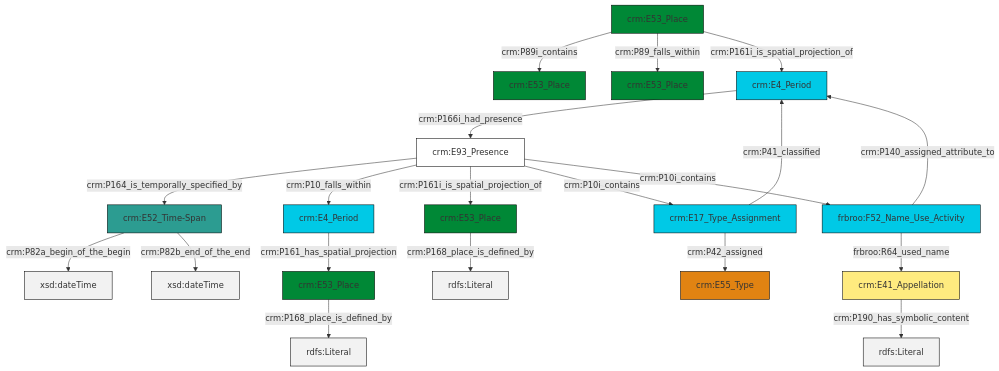
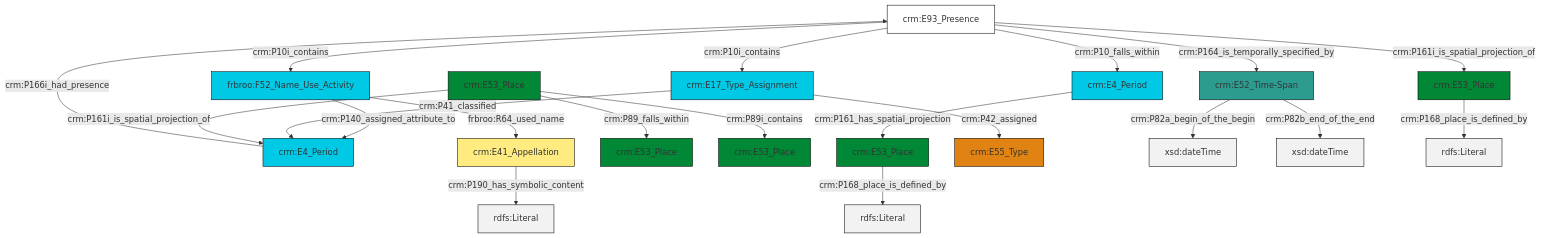
One commit to swiss-art-research-net/docs.swissartresearch changed the diagram in et/placeCSV/ttl/mmd/place_parthood.ttl.mmd. Above: the diagram before and after it, drawn with Mermaid. The commit also changed 176 other files, not shown here.

```diff
--- a/et/placeCSV/ttl/mmd/place_parthood.ttl.mmd
+++ b/et/placeCSV/ttl/mmd/place_parthood.ttl.mmd
@@ -1,34 +1,34 @@
 graph TD
 classDef Literal fill:#f2f2f2,stroke:#000000;
 classDef CRM_Entity fill:#FFFFFF,stroke:#000000;
 classDef Temporal_Entity fill:#00C9E6, stroke:#000000;
 classDef Type fill:#E18312, stroke:#000000;
 classDef Time-Span fill:#2C9C91, stroke:#000000;
 classDef Appellation fill:#FFEB7F, stroke:#000000;
 classDef Place fill:#008836, stroke:#000000;
 classDef Persistent_Item fill:#B266B2, stroke:#000000;
 classDef Conceptual_Object fill:#FFD700, stroke:#000000;
 classDef Physical_Thing fill:#D2B48C, stroke:#000000;
 classDef Actor fill:#f58aad, stroke:#000000;
 classDef PC_Classes fill:#4ce600, stroke:#000000;
 classDef Multi fill:#cccccc,stroke:#000000;
 
-4["crm:E53_Place"]:::Place -->|crm:P89i_contains| 5["crm:E53_Place"]:::Place
-6["crm:E52_Time-Span"]:::Time-Span -->|crm:P82a_begin_of_the_begin| 7[xsd:dateTime]:::Literal
-4["crm:E53_Place"]:::Place -->|crm:P89_falls_within| 10["crm:E53_Place"]:::Place
-6["crm:E52_Time-Span"]:::Time-Span -->|crm:P82b_end_of_the_end| 11[xsd:dateTime]:::Literal
-14["crm:E17_Type_Assignment"]:::Temporal_Entity -->|crm:P42_assigned| 8["crm:E55_Type"]:::Type
-15["crm:E53_Place"]:::Place -->|crm:P168_place_is_defined_by| 16[rdfs:Literal]:::Literal
-17["frbroo:F52_Name_Use_Activity"]:::Temporal_Entity -->|crm:P140_assigned_attribute_to| 18["crm:E4_Period"]:::Temporal_Entity
-20["crm:E93_Presence"]:::CRM_Entity -->|crm:P164_is_temporally_specified_by| 6["crm:E52_Time-Span"]:::Time-Span
-18["crm:E4_Period"]:::Temporal_Entity -->|crm:P166i_had_presence| 20["crm:E93_Presence"]:::CRM_Entity
-0["crm:E41_Appellation"]:::Appellation -->|crm:P190_has_symbolic_content| 23[rdfs:Literal]:::Literal
-14["crm:E17_Type_Assignment"]:::Temporal_Entity -->|crm:P41_classified| 18["crm:E4_Period"]:::Temporal_Entity
-25["crm:E4_Period"]:::Temporal_Entity -->|crm:P161_has_spatial_projection| 2["crm:E53_Place"]:::Place
-20["crm:E93_Presence"]:::CRM_Entity -->|crm:P10_falls_within| 25["crm:E4_Period"]:::Temporal_Entity
-4["crm:E53_Place"]:::Place -->|crm:P161i_is_spatial_projection_of| 18["crm:E4_Period"]:::Temporal_Entity
-17["frbroo:F52_Name_Use_Activity"]:::Temporal_Entity -->|frbroo:R64_used_name| 0["crm:E41_Appellation"]:::Appellation
-2["crm:E53_Place"]:::Place -->|crm:P168_place_is_defined_by| 29[rdfs:Literal]:::Literal
-20["crm:E93_Presence"]:::CRM_Entity -->|crm:P161i_is_spatial_projection_of| 15["crm:E53_Place"]:::Place
-20["crm:E93_Presence"]:::CRM_Entity -->|crm:P10i_contains| 14["crm:E17_Type_Assignment"]:::Temporal_Entity
-20["crm:E93_Presence"]:::CRM_Entity -->|crm:P10i_contains| 17["frbroo:F52_Name_Use_Activity"]:::Temporal_Entity
+2["frbroo:F52_Name_Use_Activity"]:::Temporal_Entity -->|crm:P140_assigned_attribute_to| 3["crm:E4_Period"]:::Temporal_Entity
+0["crm:E93_Presence"]:::CRM_Entity -->|crm:P10i_contains| 2["frbroo:F52_Name_Use_Activity"]:::Temporal_Entity
+0["crm:E93_Presence"]:::CRM_Entity -->|crm:P10i_contains| 4["crm:E17_Type_Assignment"]:::Temporal_Entity
+0["crm:E93_Presence"]:::CRM_Entity -->|crm:P10_falls_within| 11["crm:E4_Period"]:::Temporal_Entity
+0["crm:E93_Presence"]:::CRM_Entity -->|crm:P161i_is_spatial_projection_of| 5["crm:E53_Place"]:::Place
+0["crm:E93_Presence"]:::CRM_Entity -->|crm:P164_is_temporally_specified_by| 12["crm:E52_Time-Span"]:::Time-Span
+16["crm:E53_Place"]:::Place -->|crm:P89i_contains| 17["crm:E53_Place"]:::Place
+4["crm:E17_Type_Assignment"]:::Temporal_Entity -->|crm:P41_classified| 3["crm:E4_Period"]:::Temporal_Entity
+18["crm:E53_Place"]:::Place -->|crm:P168_place_is_defined_by| 19[rdfs:Literal]:::Literal
+11["crm:E4_Period"]:::Temporal_Entity -->|crm:P161_has_spatial_projection| 18["crm:E53_Place"]:::Place
+4["crm:E17_Type_Assignment"]:::Temporal_Entity -->|crm:P42_assigned| 22["crm:E55_Type"]:::Type
+3["crm:E4_Period"]:::Temporal_Entity -->|crm:P166i_had_presence| 0["crm:E93_Presence"]:::CRM_Entity
+12["crm:E52_Time-Span"]:::Time-Span -->|crm:P82a_begin_of_the_begin| 23[xsd:dateTime]:::Literal
+12["crm:E52_Time-Span"]:::Time-Span -->|crm:P82b_end_of_the_end| 24[xsd:dateTime]:::Literal
+16["crm:E53_Place"]:::Place -->|crm:P89_falls_within| 13["crm:E53_Place"]:::Place
+5["crm:E53_Place"]:::Place -->|crm:P168_place_is_defined_by| 26[rdfs:Literal]:::Literal
+16["crm:E53_Place"]:::Place -->|crm:P161i_is_spatial_projection_of| 3["crm:E4_Period"]:::Temporal_Entity
+2["frbroo:F52_Name_Use_Activity"]:::Temporal_Entity -->|frbroo:R64_used_name| 9["crm:E41_Appellation"]:::Appellation
+9["crm:E41_Appellation"]:::Appellation -->|crm:P190_has_symbolic_content| 30[rdfs:Literal]:::Literal
```
